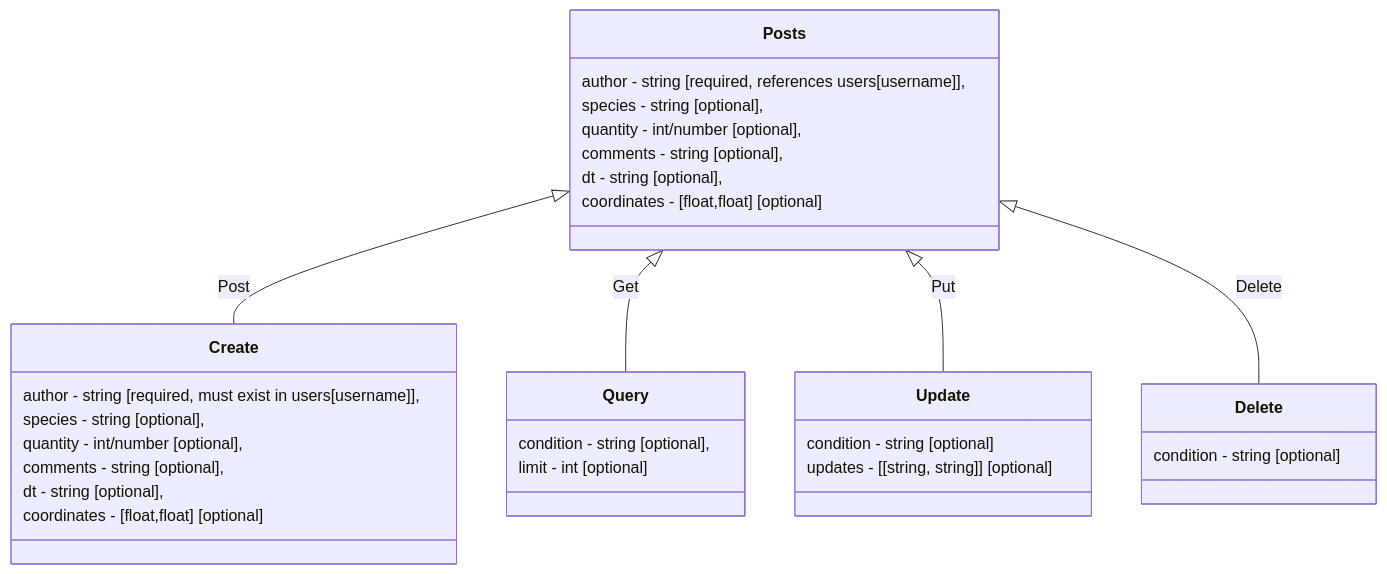
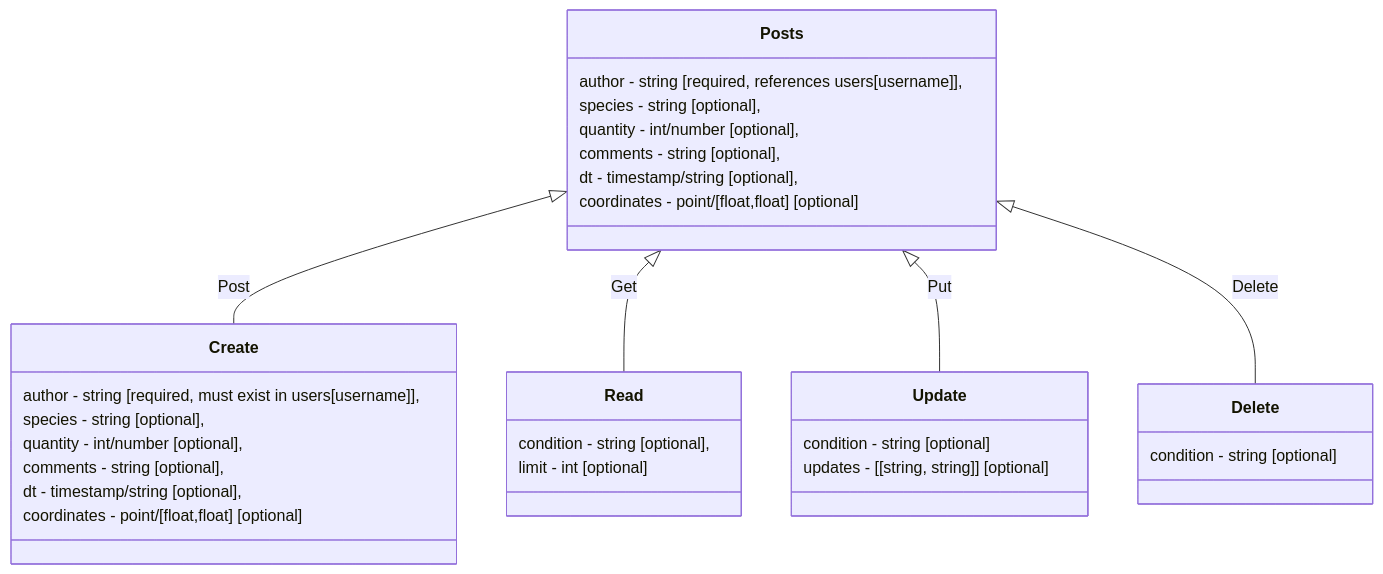
One commit to amandeepksingh/WildWhere changed the fourth of 5 diagrams in Backend/Architecture/Diagrams.md. Above: the diagram before and after it, drawn with Mermaid. The commit also changed other lines of this file and 2 other files, not shown here.

````diff
--- a/Backend/Architecture/Diagrams.md
+++ b/Backend/Architecture/Diagrams.md
@@ -59,29 +59,29 @@
 ```mermaid
 classDiagram
 Posts : author - string [required, references users[username]], 
 Posts : species - string [optional],
 Posts : quantity - int/number [optional],
 Posts : comments - string [optional],
-Posts : dt - string [optional],
-Posts : coordinates - [float,float] [optional]
+Posts : dt - timestamp/string [optional],
+Posts : coordinates - point/[float,float] [optional]
 
 Posts <|-- Create : Post
-Posts <|-- Query : Get
+Posts <|-- Read : Get
 Posts <|-- Update : Put
 Posts <|-- Delete : Delete
 
 Create : author - string [required, must exist in users[username]], 
 Create : species - string [optional],
 Create : quantity - int/number [optional],
 Create : comments - string [optional],
-Create : dt - string [optional],
-Create : coordinates - [float,float] [optional]
+Create : dt - timestamp/string [optional],
+Create : coordinates - point/[float,float] [optional]
 
-Query : condition - string [optional],
-Query : limit - int [optional]
+Read : condition - string [optional],
+Read : limit - int [optional]
 
 Update : condition - string [optional]
 Update : updates - [[string, string]] [optional]
 
 Delete : condition - string [optional]
 ```
````
